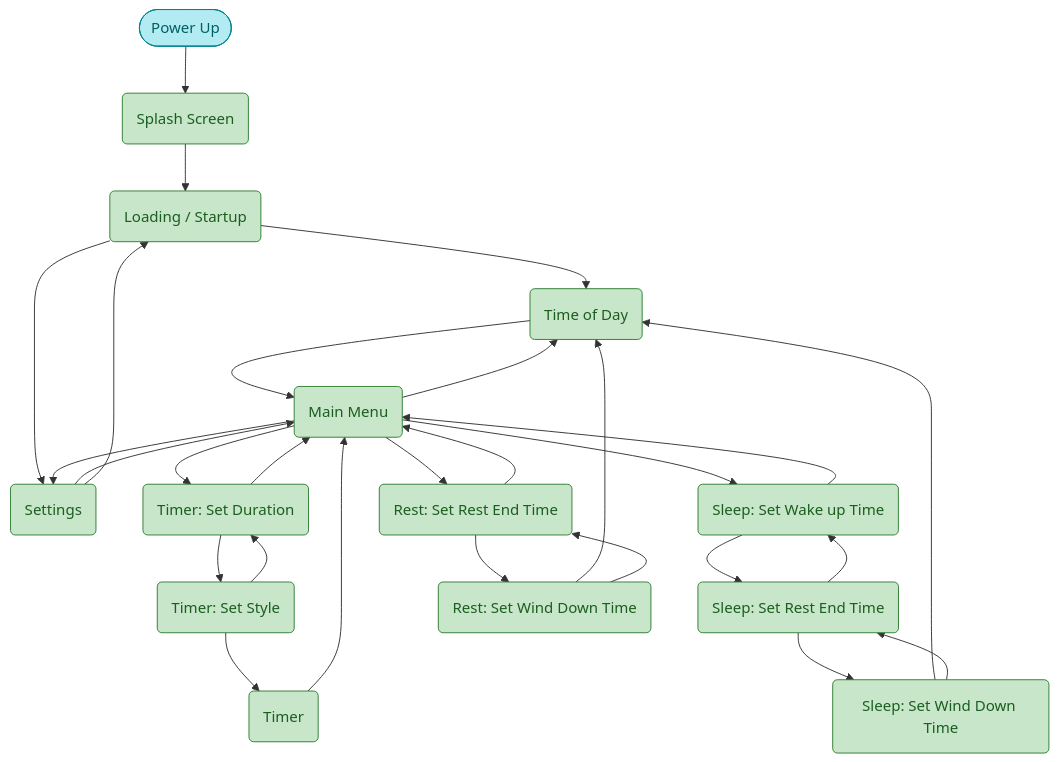
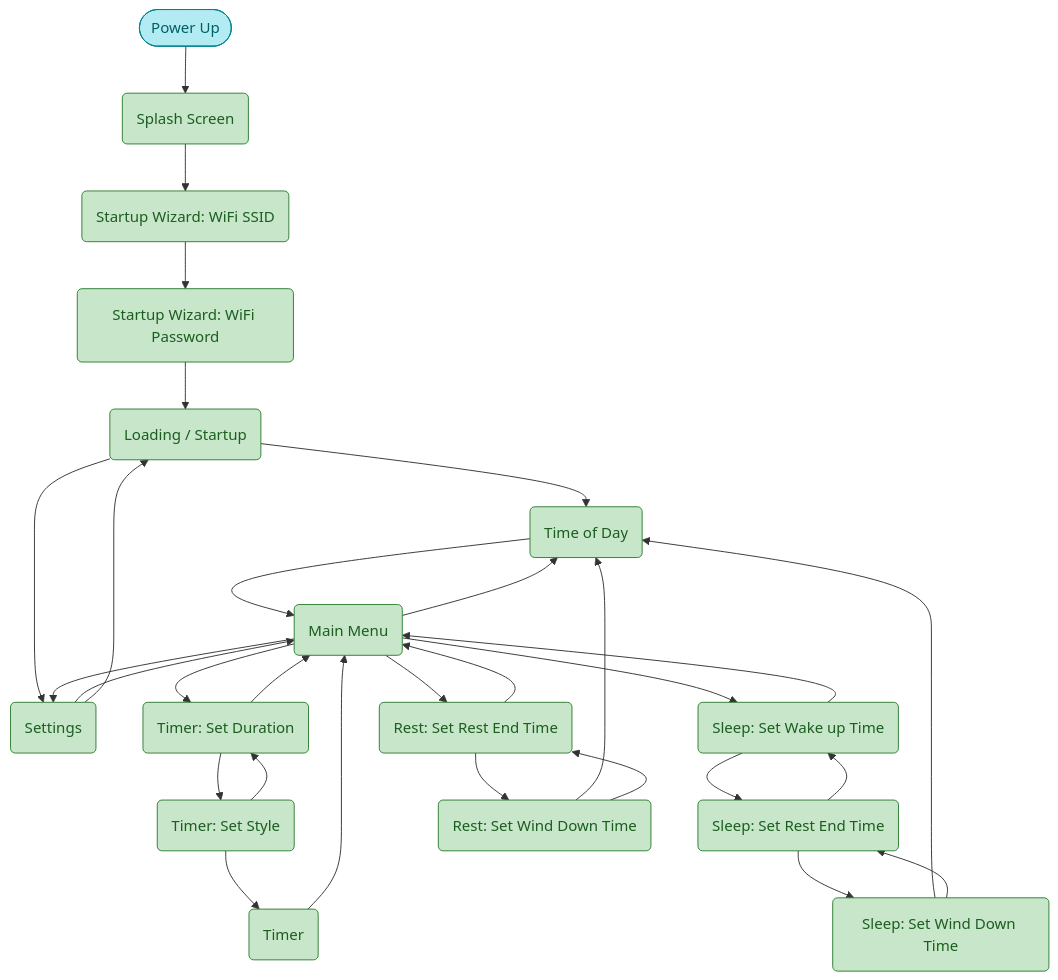
Before and after one commit to mattlat21/TimeDisk: the diagram in docs/screen_flow_simple.md, drawn with Mermaid. The commit also changed other lines of this file and 2 other files, not shown here.

Commit message:
Added Wifi Wizard

````diff
--- a/docs/screen_flow_simple.md
+++ b/docs/screen_flow_simple.md
@@ -5,57 +5,59 @@
 ```mermaid
 flowchart TB
     power_up([Power Up])
     splash("Splash Screen")
+    startup_wizard_ssid("Startup Wizard: WiFi SSID")
+    startup_wizard_password("Startup Wizard: WiFi Password")
     loading("Loading / Startup")
     tod_bright("Time of Day")
     menu("Main Menu")
     settings("Settings")
     timer_duration("Timer: Set Duration")
     timer_style("Timer: Set Style")
     timer_bright("Timer")
     sleep_wake("Sleep: Set Wake up Time")
     sleep_rest_end("Sleep: Set Rest End Time")
     sleep_wind_down("Sleep: Set Wind Down Time")
     rest_end("Rest: Set Rest End Time")
     rest_wind_down("Rest: Set Wind Down Time")
 
-    %% Boot
-    power_up --> splash --> loading
+    %% Boot (wizard screens skipped if wifi already configured)
+    power_up --> splash --> startup_wizard_ssid --> startup_wizard_password --> loading
     loading --> tod_bright
     loading --> settings
 
     %% Time of day
     tod_bright --> menu
 
     %% Main menu
     menu --> settings
     menu --> tod_bright
     menu --> timer_duration
     menu --> sleep_wake
     menu --> rest_end
     settings --> menu
     settings --> loading
 
     %% Sleep setup
     sleep_wake --> sleep_rest_end --> sleep_wind_down --> tod_bright
     sleep_wake --> menu
     sleep_rest_end --> sleep_wake
     sleep_wind_down --> sleep_rest_end
 
     %% Rest setup
     rest_end --> rest_wind_down --> tod_bright
     rest_end --> menu
     rest_wind_down --> rest_end
 
     %% Timer
     timer_duration --> timer_style --> timer_bright
     timer_duration --> menu
     timer_style --> timer_duration
     timer_bright --> menu
 
     classDef screen fill:#c8e6c9,stroke:#2e7d32,color:#1b5e20
     classDef start fill:#b2ebf2,stroke:#00838f,color:#006064
 
-    class splash,loading,tod_bright,menu,settings,timer_duration,timer_style,timer_bright,sleep_wake,sleep_rest_end,sleep_wind_down,rest_end,rest_wind_down screen
+    class splash,startup_wizard_ssid,startup_wizard_password,loading,tod_bright,menu,settings,timer_duration,timer_style,timer_bright,sleep_wake,sleep_rest_end,sleep_wind_down,rest_end,rest_wind_down screen
     class power_up start
 ```
````
